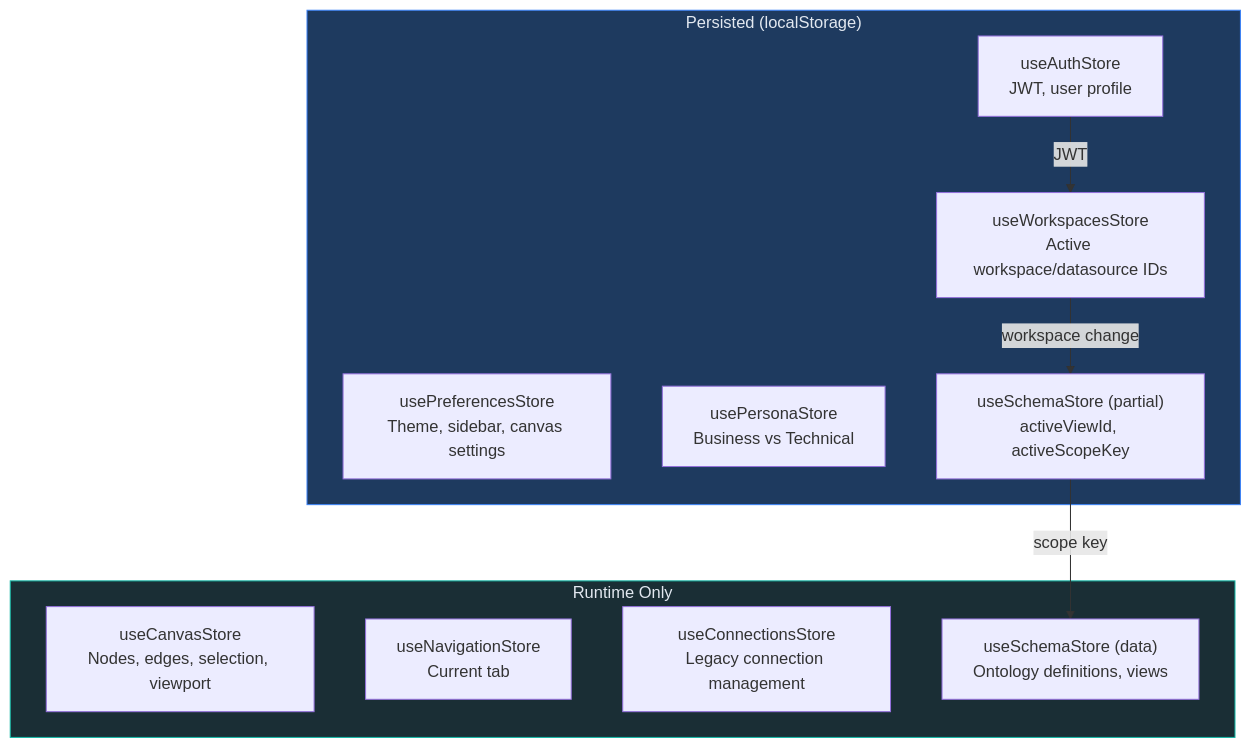
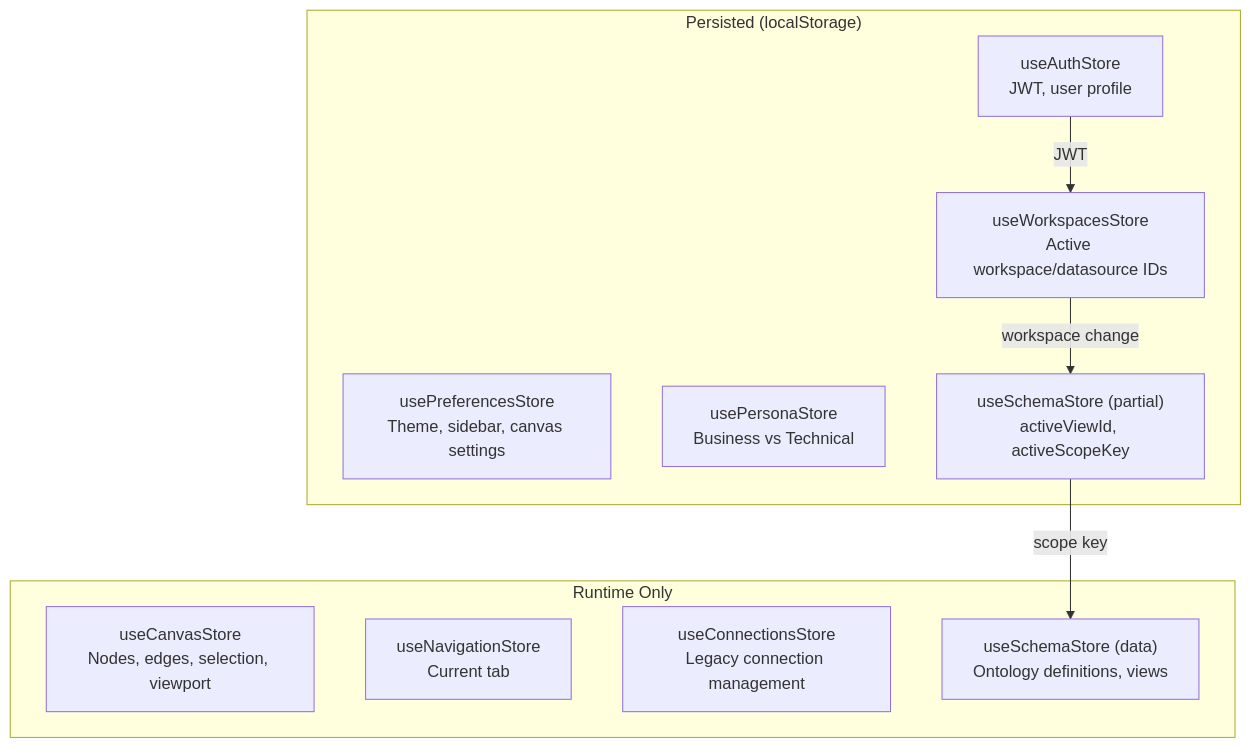
The sixth of 11 diagrams in docs/FRONTEND.md (rkrumins/dataviz), drawn with Mermaid before and after one commit. The commit also changed other lines of this file and 46 other files, not shown here.

````diff
--- a/docs/FRONTEND.md
+++ b/docs/FRONTEND.md
@@ -221,24 +210,22 @@
 ```mermaid
 graph TB
     subgraph Persisted["Persisted (localStorage)"]
         Auth["useAuthStore<br/>JWT, user profile"]
         WS["useWorkspacesStore<br/>Active workspace/datasource IDs"]
         Prefs["usePreferencesStore<br/>Theme, sidebar, canvas settings"]
         Persona["usePersonaStore<br/>Business vs Technical"]
         SchemaUI["useSchemaStore (partial)<br/>activeViewId, activeScopeKey"]
     end
 
     subgraph Runtime["Runtime Only"]
         Canvas["useCanvasStore<br/>Nodes, edges, selection, viewport"]
         Nav["useNavigationStore<br/>Current tab"]
         Conn["useConnectionsStore<br/>Legacy connection management"]
         SchemaData["useSchemaStore (data)<br/>Ontology definitions, views"]
     end
 
     WS -->|"workspace change"| SchemaUI
     SchemaUI -->|"scope key"| SchemaData
     Auth -->|"JWT"| WS
 
-    style Persisted fill:#1e3a5f,stroke:#3b82f6,color:#e2e8f0
-    style Runtime fill:#1a2e35,stroke:#14b8a6,color:#e2e8f0
 ```
````
